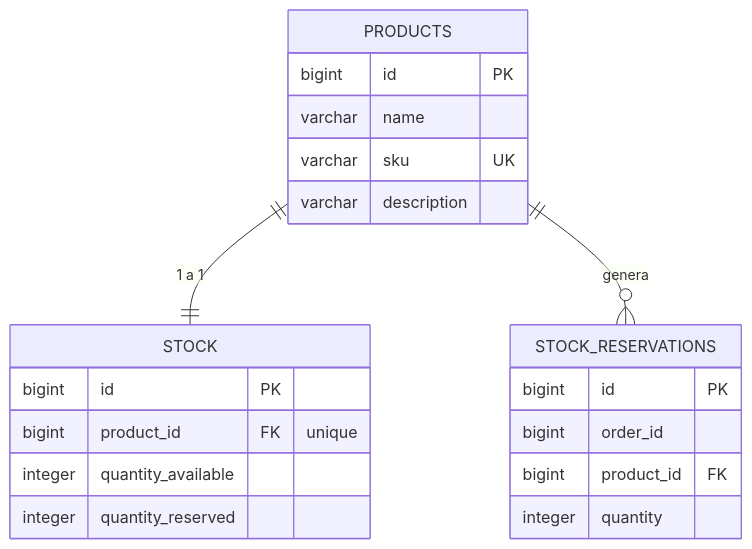
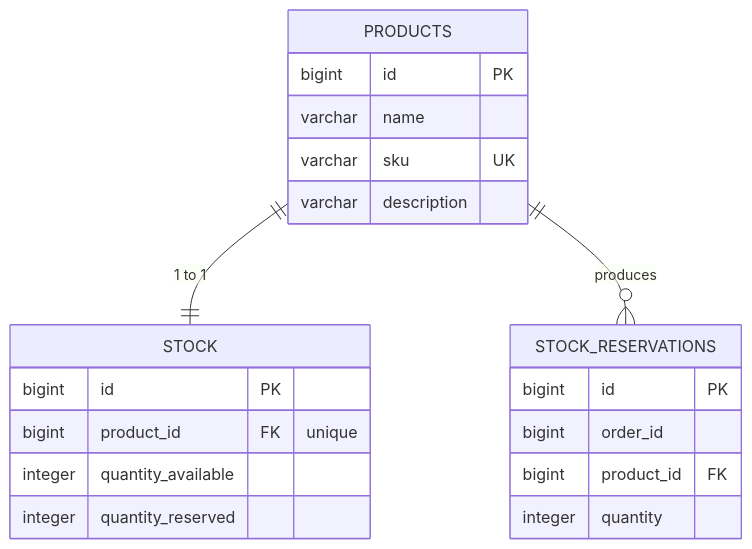
One commit to carlosgarcia-tech/order-flow changed the tenth of 31 diagrams in README.md. Above: the diagram before and after it, drawn with Mermaid. The commit also changed other lines of this file, not shown here.

````diff
--- a/README.md
+++ b/README.md
@@ -425,23 +425,23 @@
 ```mermaid
 erDiagram
-    PRODUCTS ||--|| STOCK : "1 a 1"
-    PRODUCTS ||--o{ STOCK_RESERVATIONS : "genera"
+    PRODUCTS ||--|| STOCK : "1 to 1"
+    PRODUCTS ||--o{ STOCK_RESERVATIONS : "produces"
     PRODUCTS {
         bigint id PK
         varchar name
         varchar sku UK
         varchar description
     }
     STOCK {
         bigint id PK
         bigint product_id FK "unique"
         integer quantity_available
         integer quantity_reserved
     }
     STOCK_RESERVATIONS {
         bigint id PK
         bigint order_id
         bigint product_id FK
         integer quantity
     }
 ```
````
